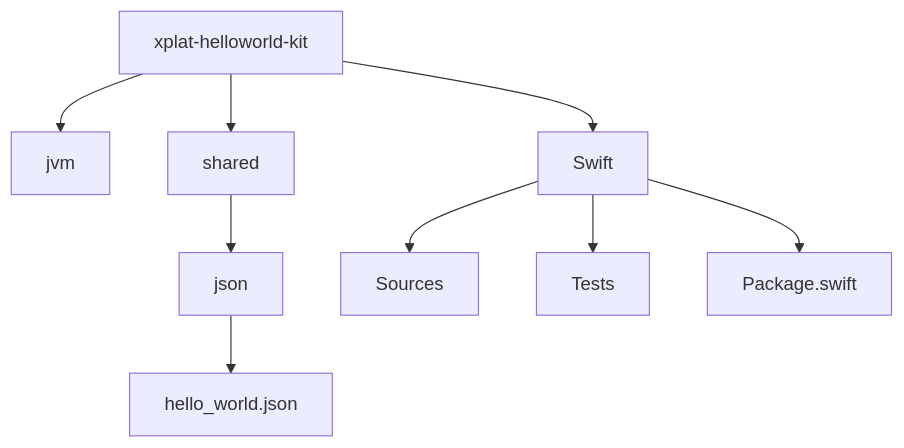
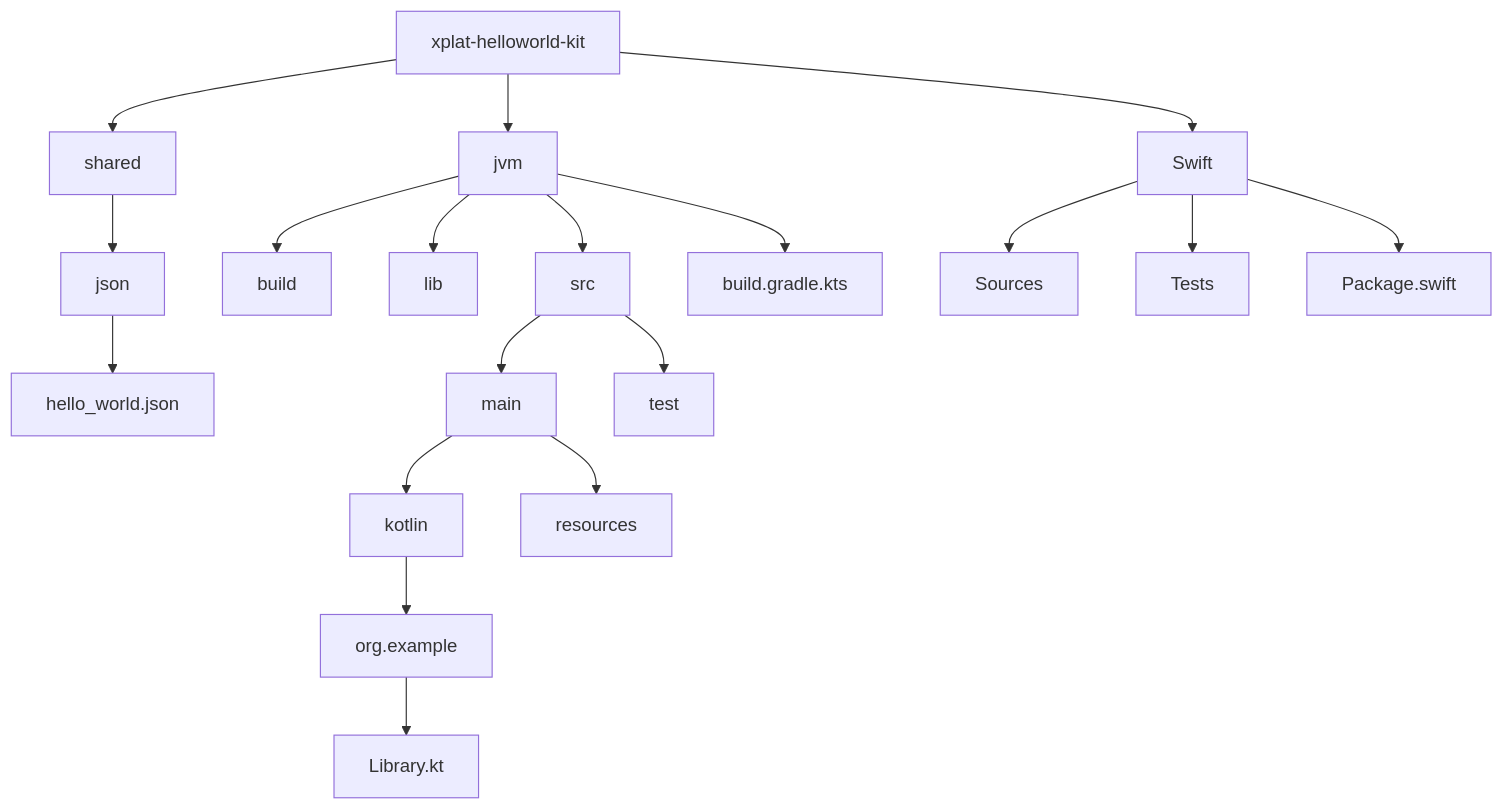
One commit to baksha97/xplat-helloworld-kit changed the diagram in README.md. Above: the diagram before and after it, drawn with Mermaid.

Commit message:
README.md

````diff
--- a/README.md
+++ b/README.md
@@ -22,14 +22,27 @@
 ```mermaid
 graph TD;
     root[xplat-helloworld-kit]
     root --> jvm[jvm]
     root --> shared[shared]
     root --> swift[Swift]
     
     shared --> json[json]
     json --> hello_world[hello_world.json]
     
+    jvm --> build_jvm[build]
+    jvm --> lib_jvm[lib]
+    jvm --> src_jvm[src]
+    jvm --> build_kts[build.gradle.kts]
+
+    src_jvm --> main_jvm[main]
+    src_jvm --> test_jvm[test]
+    
+    main_jvm --> kotlin_main[kotlin]
+    kotlin_main --> org_example[org.example]
+    org_example --> library[Library.kt]
+    main_jvm --> resources[resources]
+    
     swift --> sources[Sources]
     swift --> tests[Tests]
     swift --> package[Package.swift]
 ```
````
